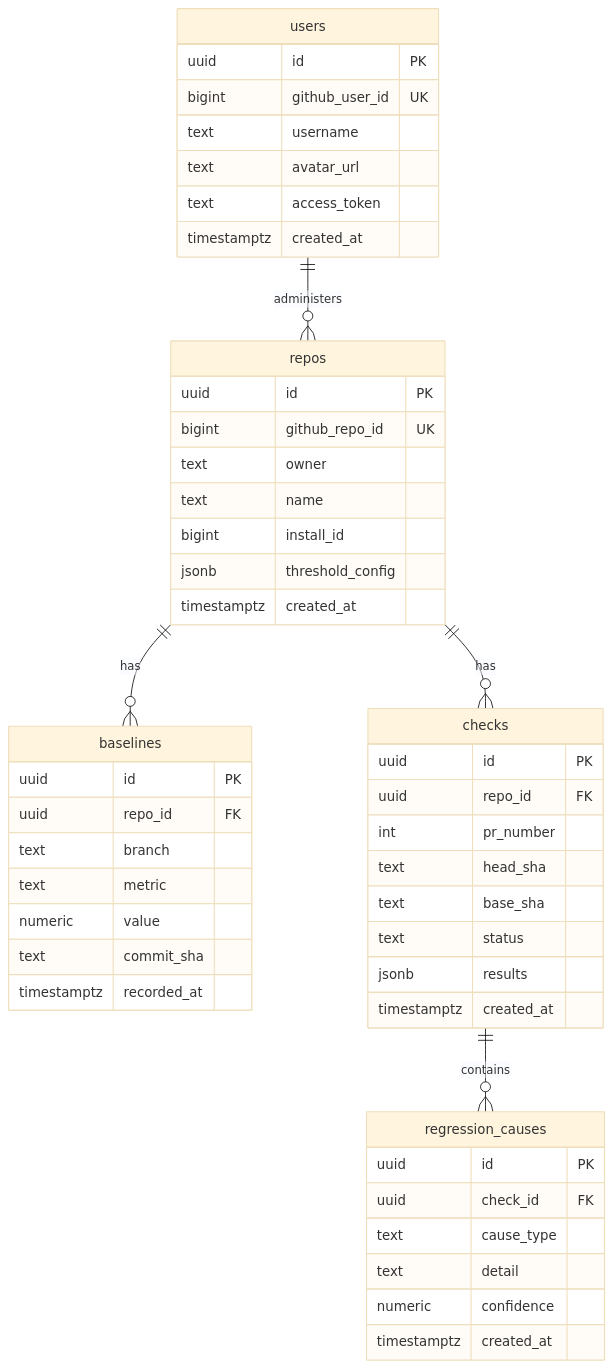
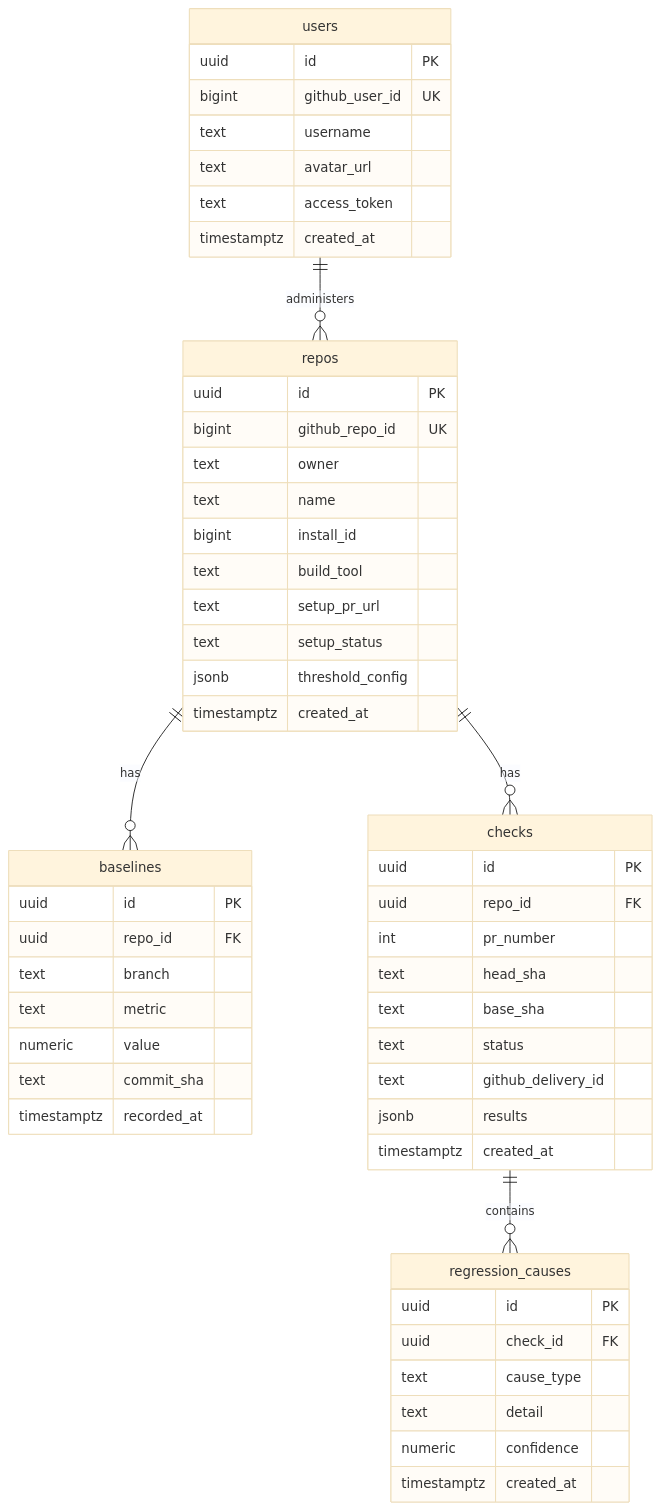
Before and after one commit to Saksham842/Deploy-Guard: the diagram in README.md, drawn with Mermaid (base theme). The commit also changed other lines of this file and 36 other files, not shown here.

````diff
--- a/README.md
+++ b/README.md
@@ -132,52 +163,56 @@
 ```mermaid
 erDiagram
     repos ||--o{ baselines : "has"
     repos ||--o{ checks : "has"
     checks ||--o{ regression_causes : "contains"
     users ||--o{ repos : "administers"
 
     repos {
         uuid id PK
         bigint github_repo_id UK
         text owner
         text name
         bigint install_id
+        text build_tool
+        text setup_pr_url
+        text setup_status
         jsonb threshold_config
         timestamptz created_at
     }
     baselines {
         uuid id PK
         uuid repo_id FK
         text branch
         text metric
         numeric value
         text commit_sha
         timestamptz recorded_at
     }
     checks {
         uuid id PK
         uuid repo_id FK
         int pr_number
         text head_sha
         text base_sha
         text status
+        text github_delivery_id
         jsonb results
         timestamptz created_at
     }
     regression_causes {
         uuid id PK
         uuid check_id FK
         text cause_type
         text detail
         numeric confidence
         timestamptz created_at
     }
     users {
         uuid id PK
         bigint github_user_id UK
         text username
         text avatar_url
         text access_token
         timestamptz created_at
     }
 ```
````
